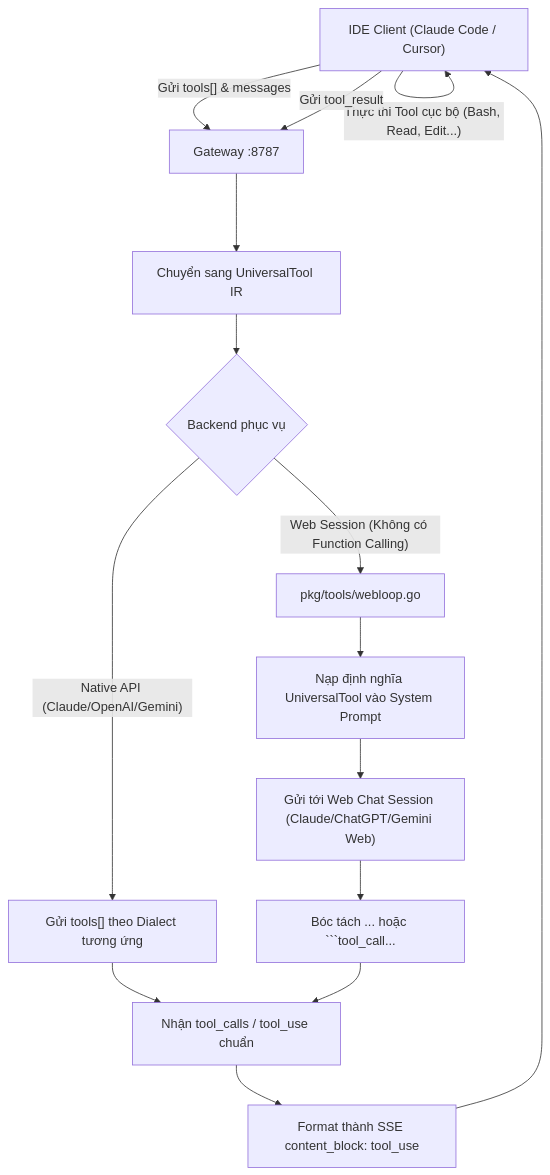
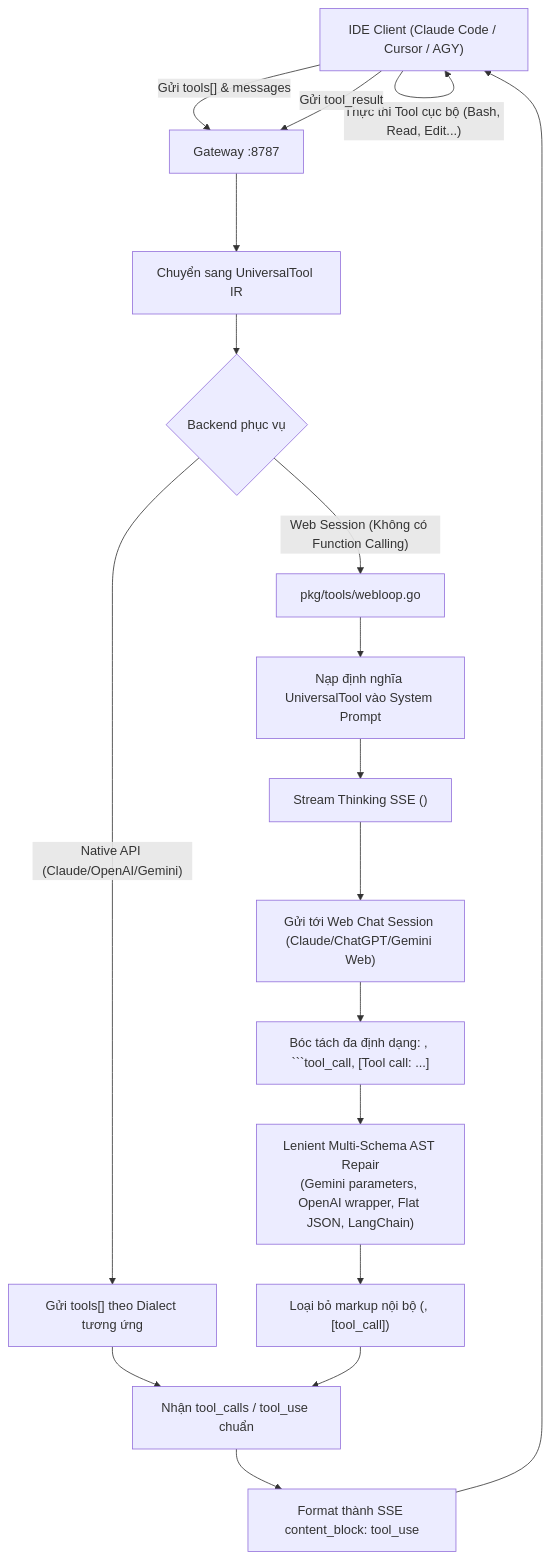
The third of 3 diagrams in STRUCT.md (ninhlee99/amux), drawn with Mermaid before and after one commit. The commit also changed other lines of this file and 13 other files, not shown here.

First line of the commit message:
feat(webloop): lenient multi-schema tool parsing, sanitized MCP outputs, and doc sync

````diff
--- a/STRUCT.md
+++ b/STRUCT.md
@@ -141,20 +143,23 @@
 ```mermaid
 flowchart TD
-    Client["IDE Client (Claude Code / Cursor)"] -->|"Gửi tools[] & messages"| Gateway["Gateway :8787"]
+    Client["IDE Client (Claude Code / Cursor / AGY)"] -->|"Gửi tools[] & messages"| Gateway["Gateway :8787"]
     Gateway --> Canonical["Chuyển sang UniversalTool IR"]
     Canonical --> CheckBackend{"Backend phục vụ"}
 
     CheckBackend -->|"Native API (Claude/OpenAI/Gemini)"| NativeSend["Gửi tools[] theo Dialect tương ứng"]
     NativeSend --> ParseNative["Nhận tool_calls / tool_use chuẩn"]
 
     CheckBackend -->|"Web Session (Không có Function Calling)"| WebLoop["pkg/tools/webloop.go"]
     WebLoop --> Inject["Nạp định nghĩa UniversalTool vào System Prompt"]
-    Inject --> WebChat["Gửi tới Web Chat Session (Claude/ChatGPT/Gemini Web)"]
-    WebChat --> BócTách["Bóc tách <tool_call>... hoặc ```tool_call..."]
-    BócTách --> ParseNative
+    Inject --> StreamReasoning["Stream Thinking SSE (<thought>)"]
+    StreamReasoning --> WebChat["Gửi tới Web Chat Session (Claude/ChatGPT/Gemini Web)"]
+    WebChat --> BócTách["Bóc tách đa định dạng: <tool_call>, ```tool_call, [Tool call: ...]"]
+    BócTách --> LenientParser["Lenient Multi-Schema AST Repair<br/>(Gemini parameters, OpenAI wrapper, Flat JSON, LangChain)"]
+    LenientParser --> SanitizeMarkup["Loại bỏ markup nội bộ (<thought>, [tool_call])"]
+    SanitizeMarkup --> ParseNative
 
     ParseNative --> FormatSSE["Format thành SSE content_block: tool_use"]
     FormatSSE --> Client
     Client -->|"Thực thi Tool cục bộ (Bash, Read, Edit...)"| Client
     Client -->|"Gửi tool_result"| Gateway
 ```
````
